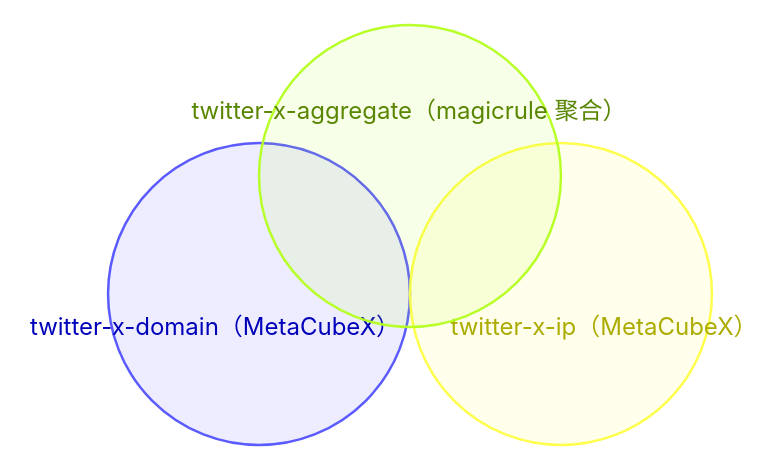
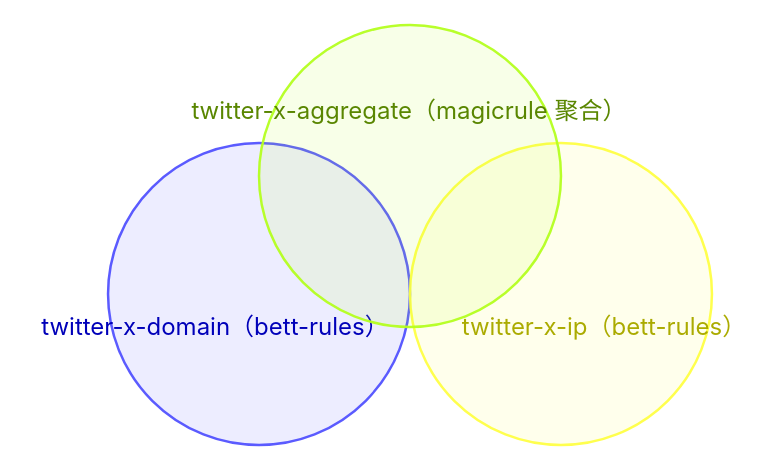
Before and after one commit to XVSVTsama/XVSVT-Clash-Config: the fourth of 4 diagrams in README.md, drawn with Mermaid. The commit also changed other lines of this file and 2 other files, not shown here.

Commit message:
refactor(rules): switch remaining metacubex rule-sets to bett-rules

````diff
--- a/README.md
+++ b/README.md
@@ -343,8 +343,8 @@
 ```mermaid
 venn-beta
-  set D["twitter-x-domain（MetaCubeX）"]
-  set I["twitter-x-ip（MetaCubeX）"]
+  set D["twitter-x-domain（bett-rules）"]
+  set I["twitter-x-ip（bett-rules）"]
   set B["twitter-x-aggregate（magicrule 聚合）"]
   union D,B
   union I,B
 ```
````
